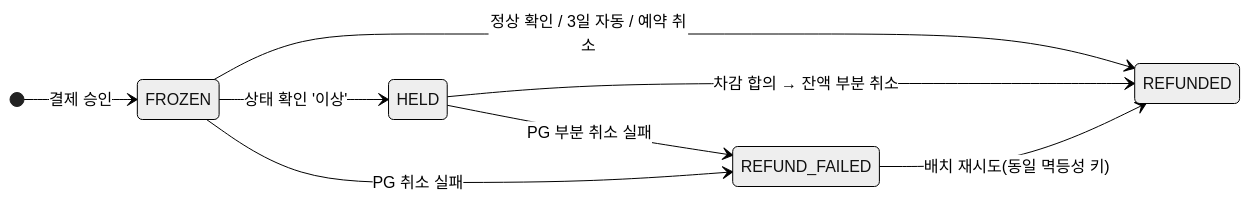
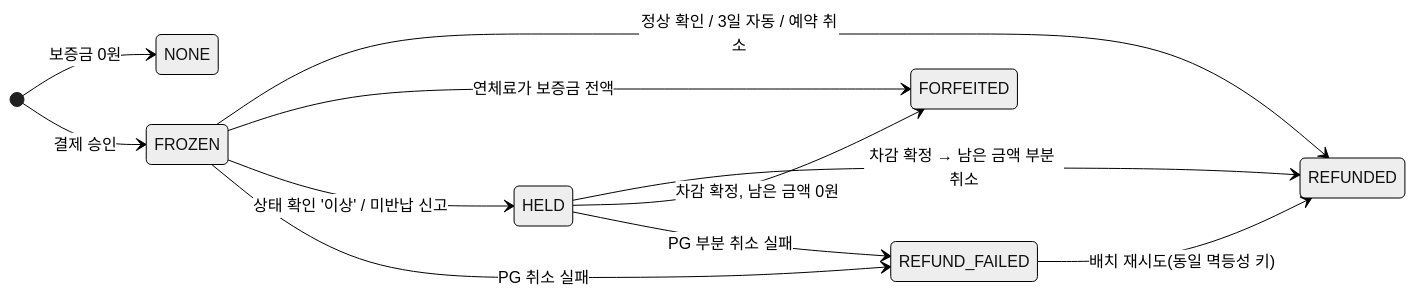
The second of 2 diagrams in docs/state-machines.md (seungmin222/p2p-rental-platform), drawn with Mermaid (neutral theme) before and after one commit. The commit also changed other lines of this file and 26 other files, not shown here.

````diff
--- a/docs/state-machines.md
+++ b/docs/state-machines.md
@@ -79,11 +90,14 @@
 ```mermaid
 stateDiagram-v2
     direction LR
+    [*] --> NONE : 보증금 0원
     [*] --> FROZEN : 결제 승인
     FROZEN --> REFUNDED : 정상 확인 / 3일 자동 / 예약 취소
-    FROZEN --> HELD : 상태 확인 '이상'
-    HELD --> REFUNDED : 차감 합의 → 잔액 부분 취소
+    FROZEN --> FORFEITED : 연체료가 보증금 전액
+    FROZEN --> HELD : 상태 확인 '이상' / 미반납 신고
+    HELD --> REFUNDED : 차감 확정 → 남은 금액 부분 취소
+    HELD --> FORFEITED : 차감 확정, 남은 금액 0원
     FROZEN --> REFUND_FAILED : PG 취소 실패
     HELD --> REFUND_FAILED : PG 부분 취소 실패
     REFUND_FAILED --> REFUNDED : 배치 재시도(동일 멱등성 키)
 ```
````
